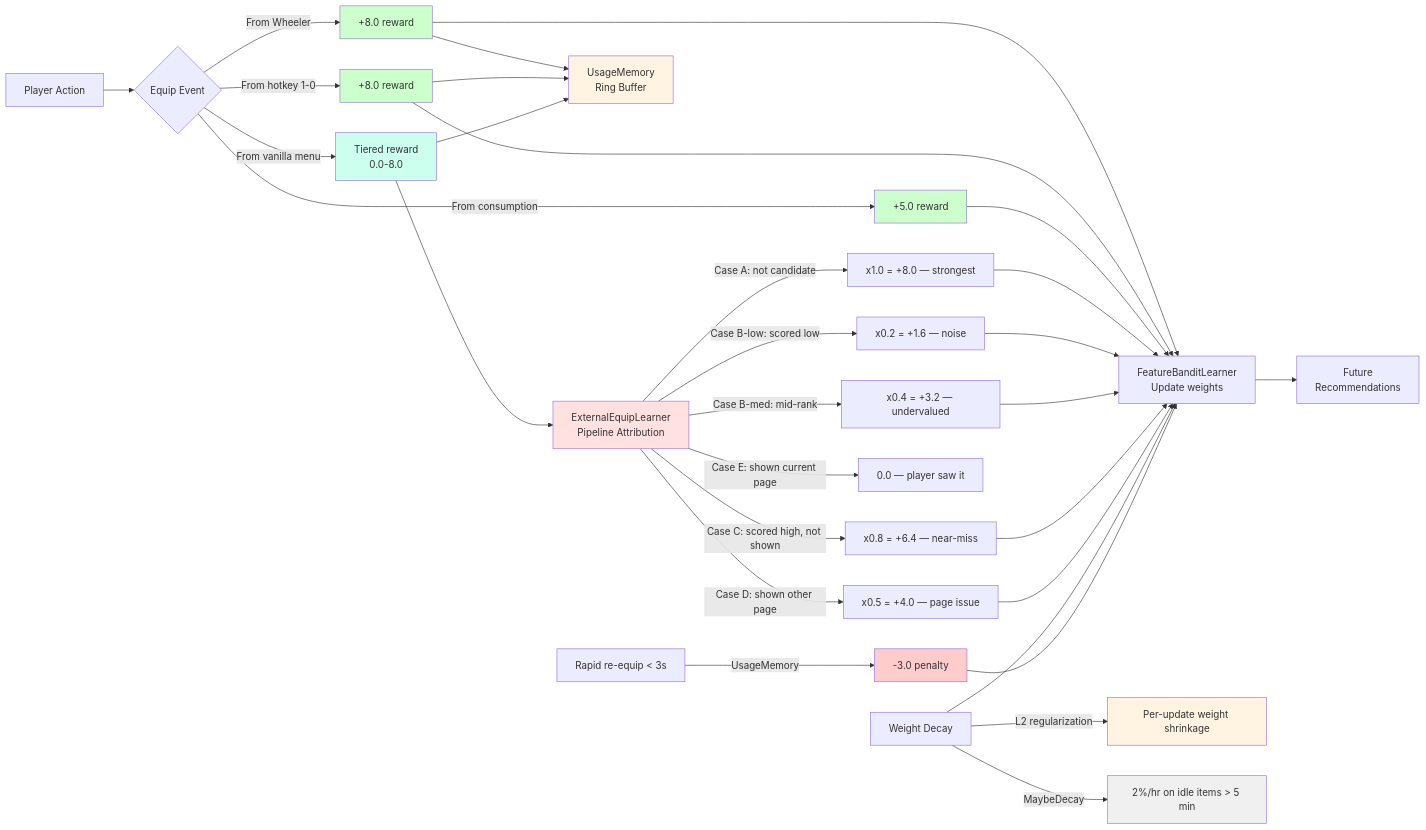
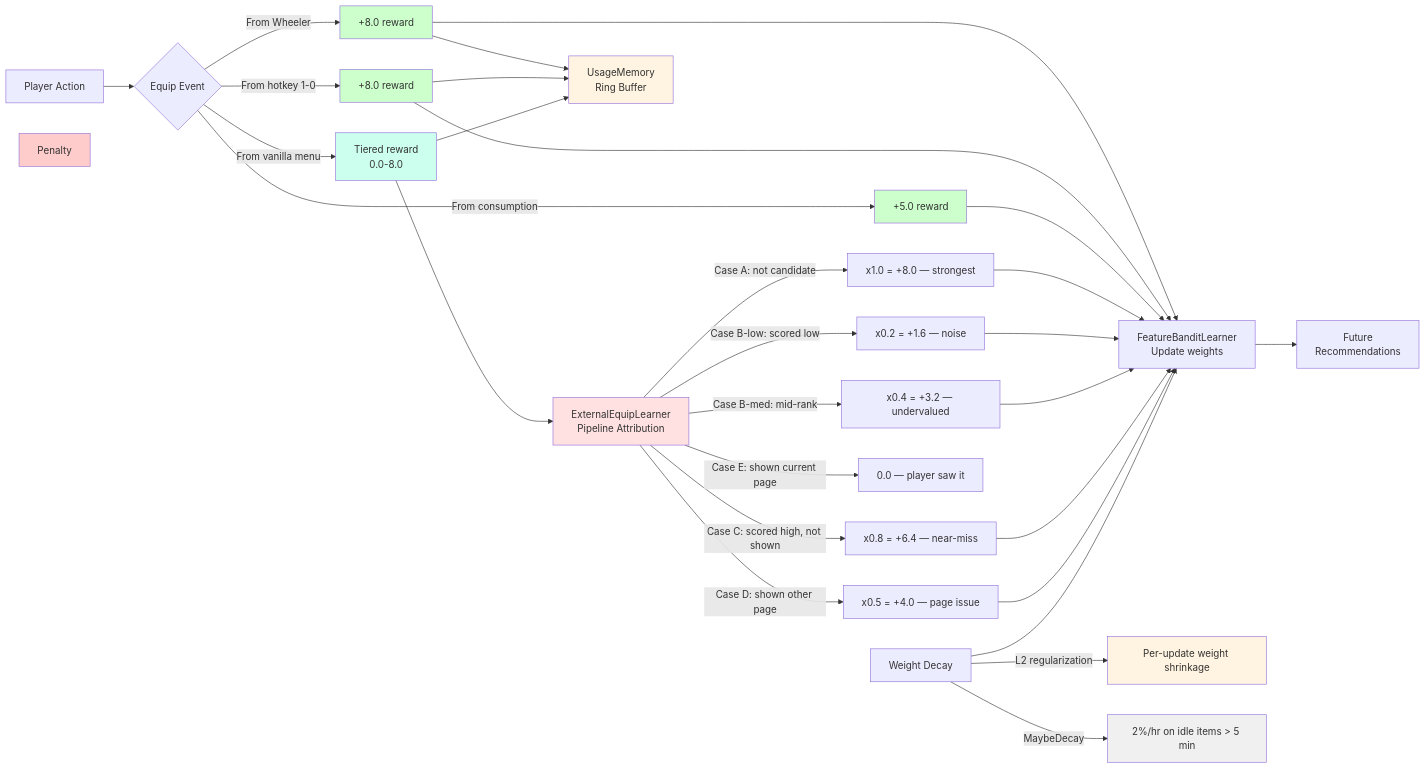
One commit to LandingCrew/huginn changed the ninth of 10 diagrams in docs/architecture/0-pipeline.md. Above: the diagram before and after it, drawn with Mermaid. The commit also changed other lines of this file and 54 other files, not shown here.

````diff
--- a/docs/architecture/0-pipeline.md
+++ b/docs/architecture/0-pipeline.md
@@ -757,48 +757,45 @@
 ```mermaid
 graph LR
     Player[Player Action] --> Event{Equip Event}
     Event -->|From Wheeler| E1[+8.0 reward]
     Event -->|From hotkey 1-0| E2[+8.0 reward]
     Event -->|From consumption| E2b[+5.0 reward]
     Event -->|From vanilla menu| E3[Tiered reward<br/>0.0-8.0]
 
     E1 --> QL[FeatureBanditLearner<br/>Update weights]
     E2 --> QL
     E2b --> QL
 
     E3 --> EEL[ExternalEquipLearner<br/>Pipeline Attribution]
     EEL -->|Case A: not candidate| R_A[x1.0 = +8.0 — strongest]
     EEL -->|Case B-low: scored low| R0[x0.2 = +1.6 — noise]
     EEL -->|Case B-med: mid-rank| R1[x0.4 = +3.2 — undervalued]
     EEL -->|Case C: scored high, not shown| R2[x0.8 = +6.4 — near-miss]
     EEL -->|Case D: shown other page| R3[x0.5 = +4.0 — page issue]
     EEL -->|Case E: shown current page| Skip2[0.0 — player saw it]
     R_A --> QL
     R0 --> QL
     R1 --> QL
     R2 --> QL
     R3 --> QL
 
     E1 --> UM[UsageMemory<br/>Ring Buffer]
     E2 --> UM
     E3 --> UM
 
     Decay[Weight Decay] --> QL
     Decay -->|L2 regularization| D1[Per-update weight shrinkage]
     Decay -->|MaybeDecay| D2[2%/hr on idle items > 5 min]
 
-    Misclick[Rapid re-equip < 3s] -->|UsageMemory| Penalty[-3.0 penalty]
-    Penalty --> QL
-
     QL --> Future[Future<br/>Recommendations]
 
     style E1 fill:#ccffcc
     style E2 fill:#ccffcc
     style E2b fill:#ccffcc
     style E3 fill:#ccffee
     style EEL fill:#ffe1e1
     style UM fill:#fff4e1
     style D1 fill:#fff4e1
     style D2 fill:#f0f0f0
     style Penalty fill:#ffcccc
 ```
````
